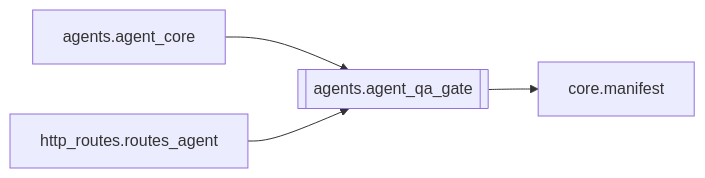
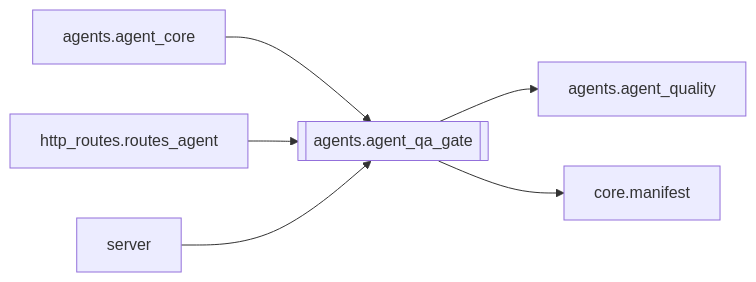
One commit to kjza178/PinelineV5 changed the diagram in docs/brain/modules/agents.agent_qa_gate.md. Above: the diagram before and after it, drawn with Mermaid. The commit also changed other lines of this file and 227 other files, not shown here.

````diff
--- a/docs/brain/modules/agents.agent_qa_gate.md
+++ b/docs/brain/modules/agents.agent_qa_gate.md
@@ -16,7 +16,9 @@
 ```mermaid
 flowchart LR
   agents_agent_qa_gate[[agents.agent_qa_gate]]
   agents_agent_core[agents.agent_core] --> agents_agent_qa_gate
   http_routes_routes_agent[http_routes.routes_agent] --> agents_agent_qa_gate
+  server[server] --> agents_agent_qa_gate
+  agents_agent_qa_gate --> agents_agent_quality[agents.agent_quality]
   agents_agent_qa_gate --> core_manifest[core.manifest]
 ```
````
